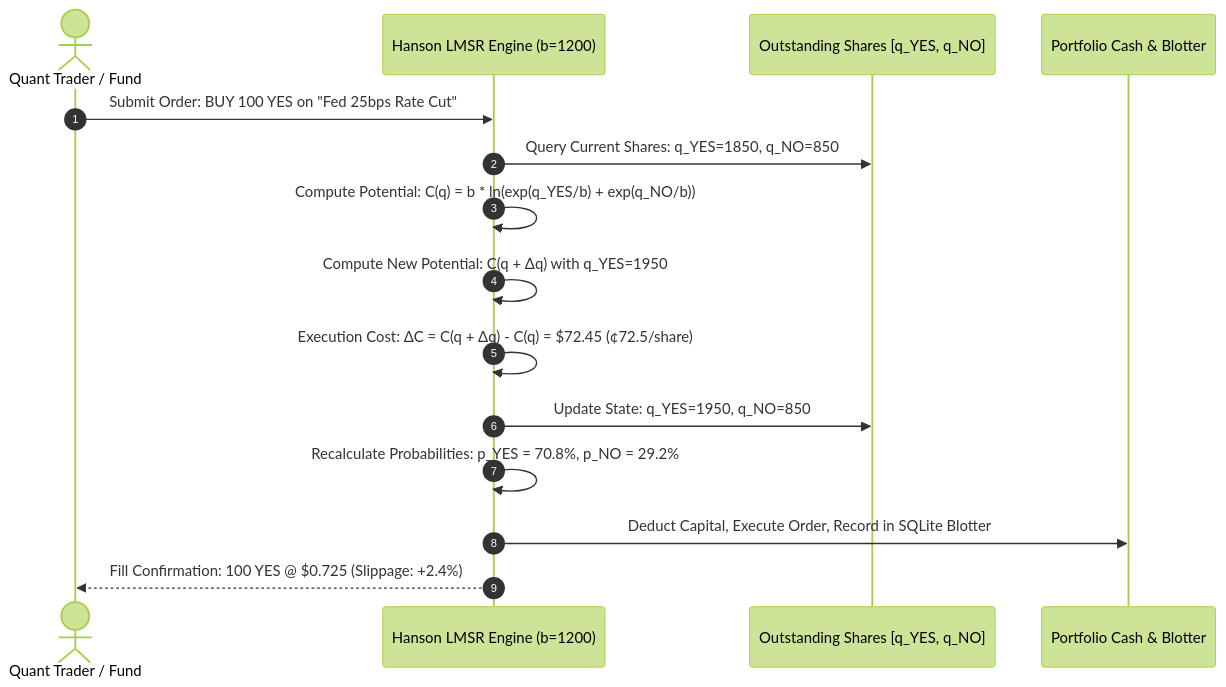
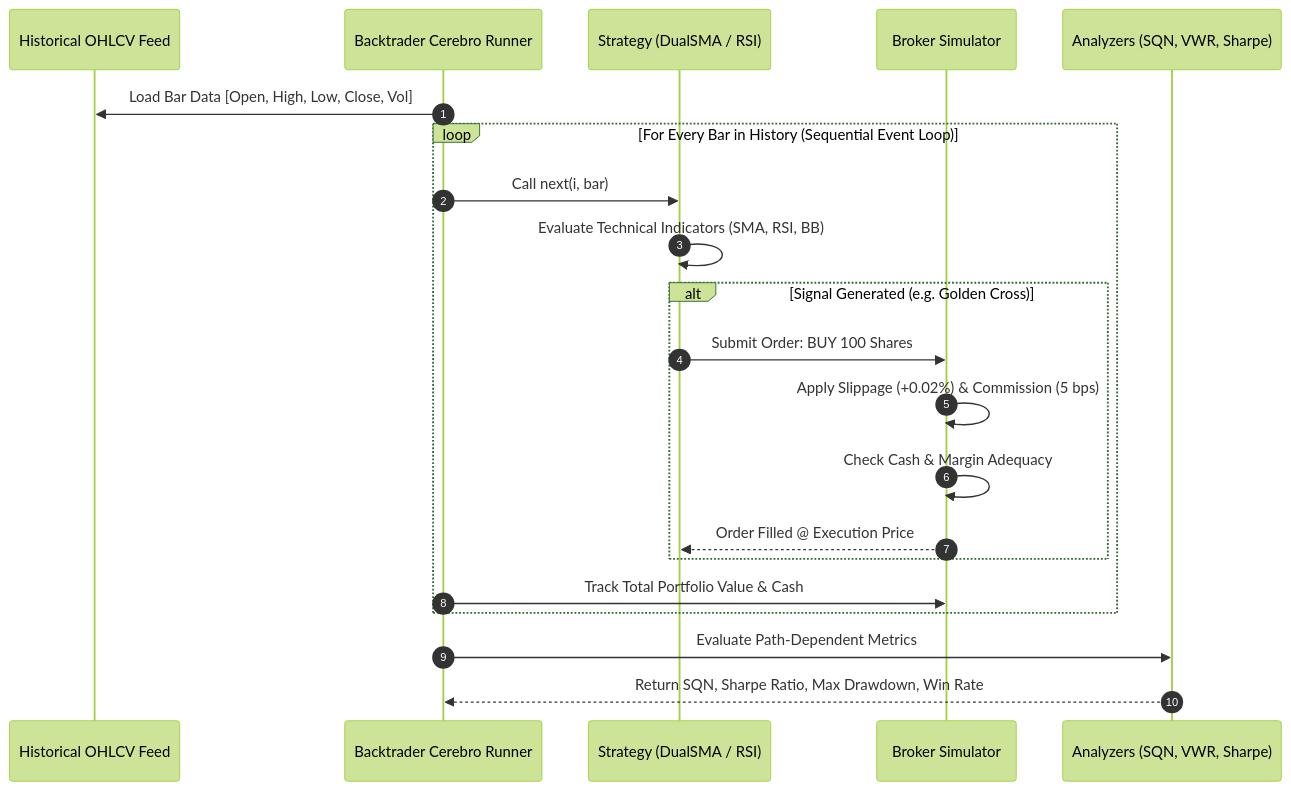
One commit to Premchandyadav369/RISKOS changed diagram 11 of 15 in README.md. Above: the diagram before and after it, drawn with Mermaid (forest theme). The commit also changed other lines of this file, not shown here.

Commit message:
docs(readme): expand comprehensive documentation with intuitive layman analogies, closed-form quantitative proofs, and detailed workflow diagrams across all 7 desks and 35 labs

````diff
--- a/README.md
+++ b/README.md
@@ -177,18 +514,24 @@
 ```mermaid
 sequenceDiagram
     autonumber
-    actor Trader as Quant Trader / Fund
-    participant AMM as Hanson LMSR Engine (b=1200)
-    participant Book as Outstanding Shares [q_YES, q_NO]
-    participant Risk as Portfolio Cash & Blotter
+    participant Feed as Historical OHLCV Feed
+    participant Cerebro as Backtrader Cerebro Runner
+    participant Strat as Strategy (DualSMA / RSI)
+    participant Broker as Broker Simulator
+    participant Analyzers as Analyzers (SQN, VWR, Sharpe)
 
-    Trader->>AMM: Submit Order: BUY 100 YES on "Fed 25bps Rate Cut"
-    AMM->>Book: Query Current Shares: q_YES=1850, q_NO=850
-    AMM->>AMM: Compute Potential: C(q) = b * ln(exp(q_YES/b) + exp(q_NO/b))
-    AMM->>AMM: Compute New Potential: C(q + Δq) with q_YES=1950
-    AMM->>AMM: Execution Cost: ΔC = C(q + Δq) - C(q) = $72.45 (¢72.5/share)
-    AMM->>Book: Update State: q_YES=1950, q_NO=850
-    AMM->>AMM: Recalculate Probabilities: p_YES = 70.8%, p_NO = 29.2%
-    AMM->>Risk: Deduct Capital, Execute Order, Record in SQLite Blotter
-    AMM-->>Trader: Fill Confirmation: 100 YES @ $0.725 (Slippage: +2.4%)
+    Cerebro->>Feed: Load Bar Data [Open, High, Low, Close, Vol]
+    loop For Every Bar in History (Sequential Event Loop)
+        Cerebro->>Strat: Call next(i, bar)
+        Strat->>Strat: Evaluate Technical Indicators (SMA, RSI, BB)
+        alt Signal Generated (e.g. Golden Cross)
+            Strat->>Broker: Submit Order: BUY 100 Shares
+            Broker->>Broker: Apply Slippage (+0.02%) & Commission (5 bps)
+            Broker->>Broker: Check Cash & Margin Adequacy
+            Broker-->>Strat: Order Filled @ Execution Price
+        end
+        Cerebro->>Broker: Track Total Portfolio Value & Cash
+    end
+    Cerebro->>Analyzers: Evaluate Path-Dependent Metrics
+    Analyzers-->>Cerebro: Return SQN, Sharpe Ratio, Max Drawdown, Win Rate
 ```
````
